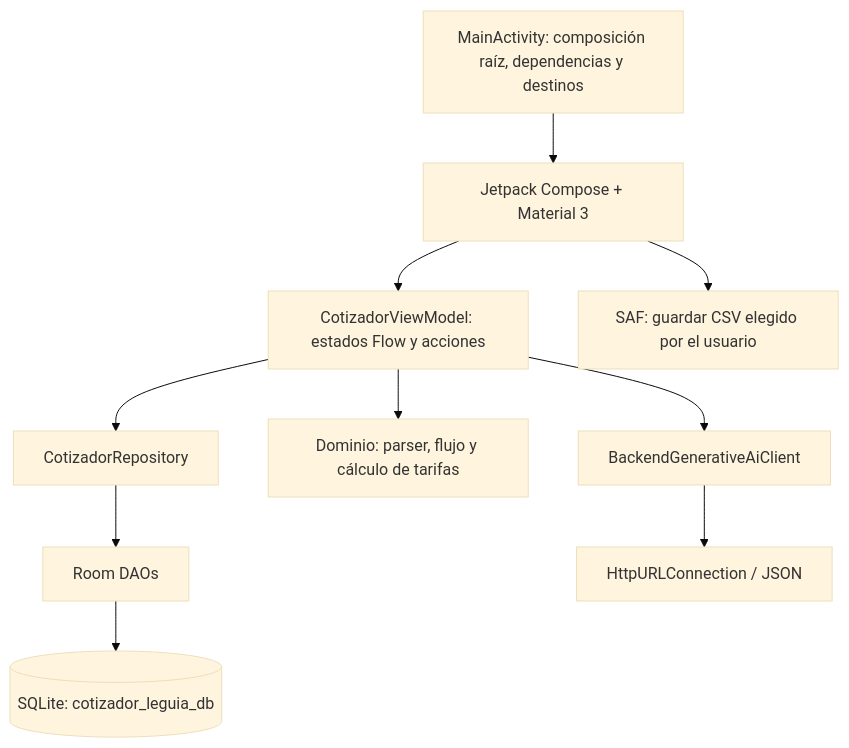
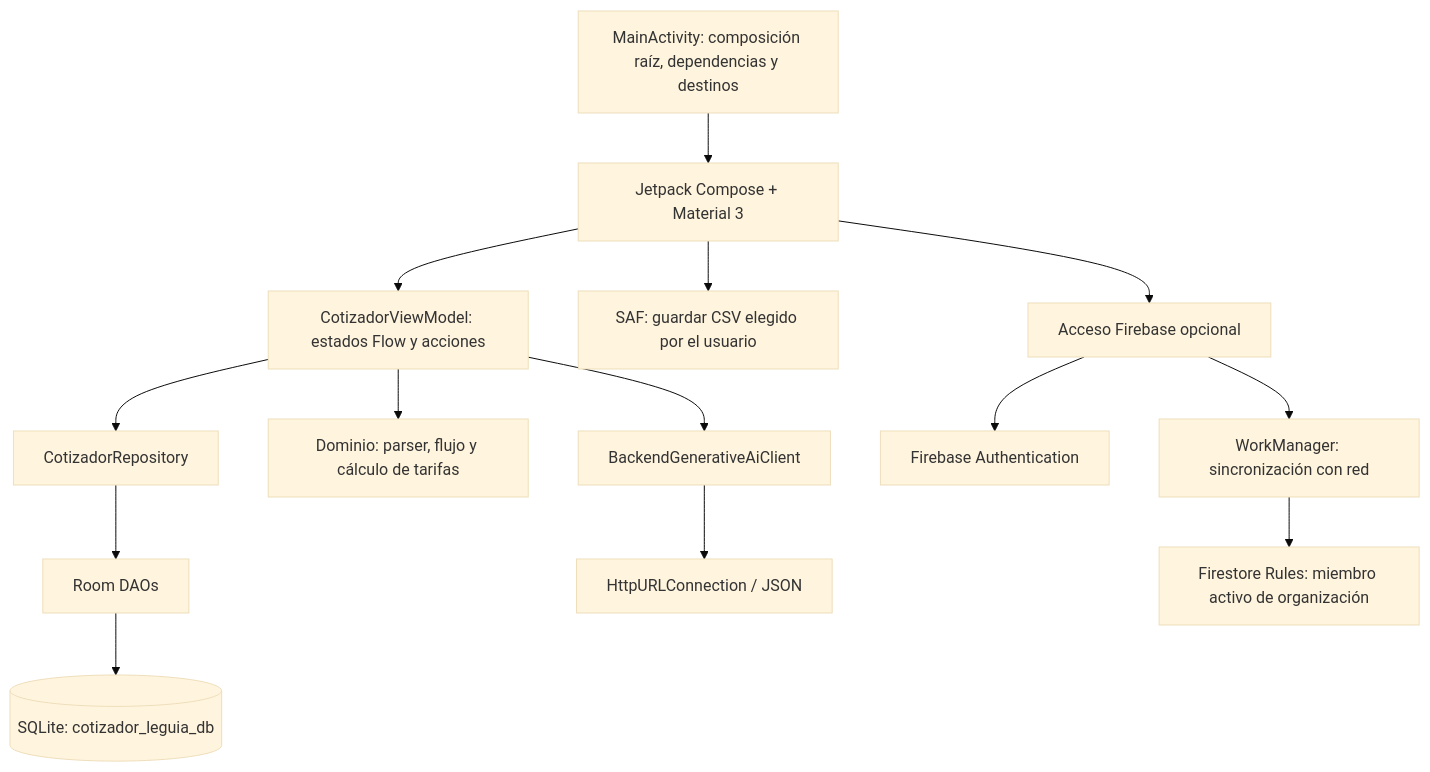
The second of 4 diagrams in docs/tesis/02_arquitectura.md (Pool-NS/CotizadorLeguaIA), drawn with Mermaid (base theme) before and after one commit. The commit also changed other lines of this file and 32 other files, not shown here.

````diff
--- a/docs/tesis/02_arquitectura.md
+++ b/docs/tesis/02_arquitectura.md
@@ -21,12 +25,16 @@
 ```mermaid
 flowchart TD
     MA[MainActivity: composición raíz, dependencias y destinos] --> S[Jetpack Compose + Material 3]
     S --> VM[CotizadorViewModel: estados Flow y acciones]
     VM --> REP[CotizadorRepository]
     REP --> DAO[Room DAOs]
     DAO --> DB[(SQLite: cotizador_leguia_db)]
     VM --> PRICE[Dominio: parser, flujo y cálculo de tarifas]
     VM --> AI[BackendGenerativeAiClient]
     AI --> NET[HttpURLConnection / JSON]
     S --> CSV[SAF: guardar CSV elegido por el usuario]
+    S --> CLOUD[Acceso Firebase opcional]
+    CLOUD --> AUTH[Firebase Authentication]
+    CLOUD --> SYNC[WorkManager: sincronización con red]
+    SYNC --> FSTORE[Firestore Rules: miembro activo de organización]
 ```
````
